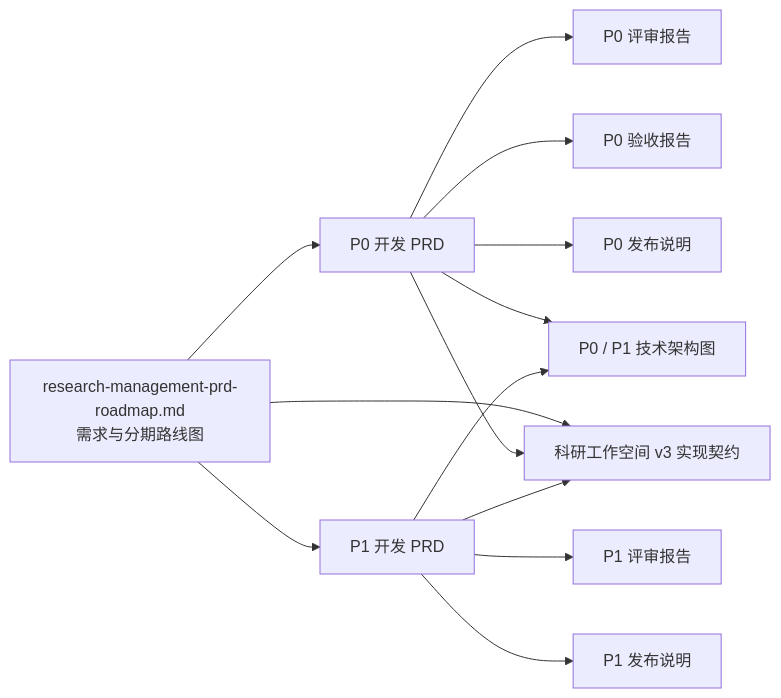
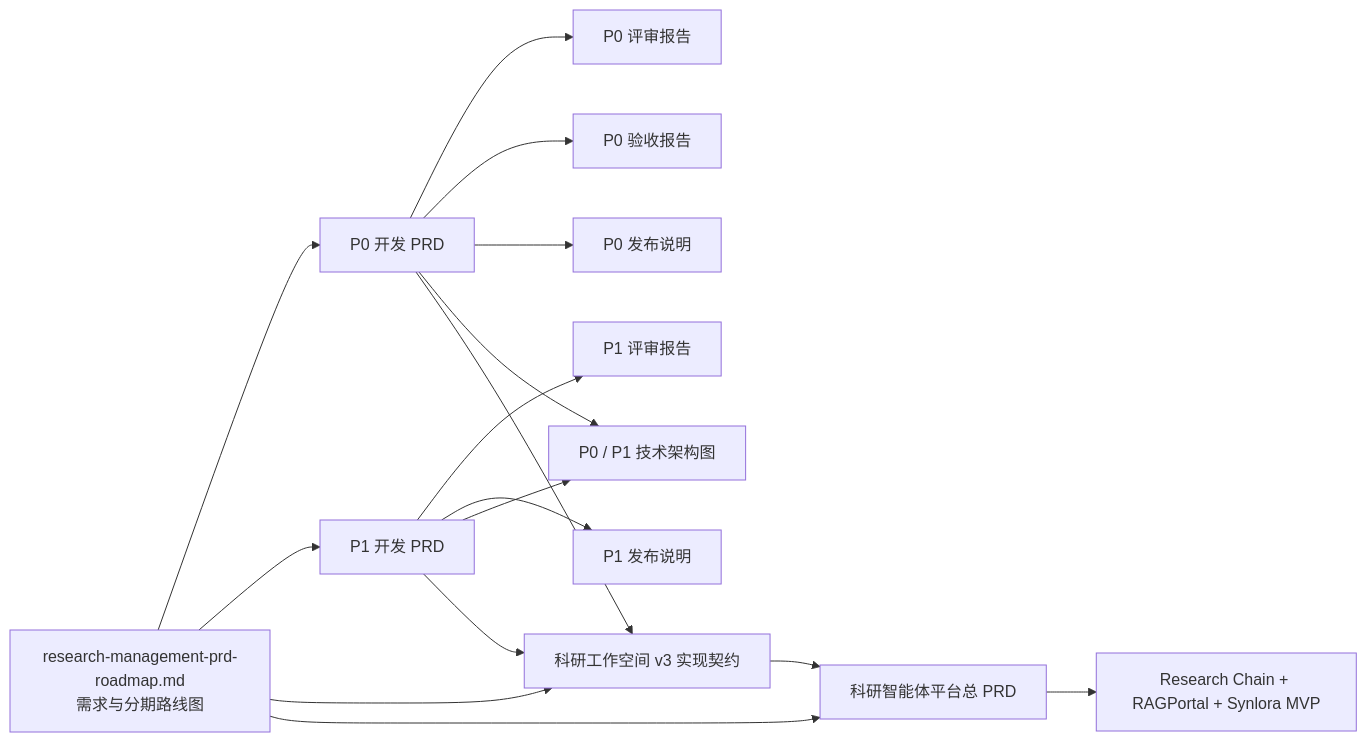
Before and after one commit to SynlysAI/plane: the diagram in docs/README.md, drawn with Mermaid. The commit also changed other lines of this file and 5 other files, not shown here.

````diff
--- a/docs/README.md
+++ b/docs/README.md
@@ -48,15 +53,18 @@
 ```mermaid
 flowchart LR
     R[research-management-prd-roadmap.md<br/>需求与分期路线图] --> P0[P0 开发 PRD]
     R --> P1[P1 开发 PRD]
     P0 --> P0R[P0 评审报告]
     P1 --> P1R[P1 评审报告]
     P0 --> P0A[P0 验收报告]
     P0 --> P0N[P0 发布说明]
     P1 --> P1N[P1 发布说明]
     P0 --> ARCH[P0 / P1 技术架构图]
     P1 --> ARCH
     R --> V3[科研工作空间 v3 实现契约]
     P0 --> V3
     P1 --> V3
+    R --> PLATFORM[科研智能体平台总 PRD]
+    V3 --> PLATFORM
+    PLATFORM --> MVP[Research Chain + RAGPortal + Synlora MVP]
 ```
````
